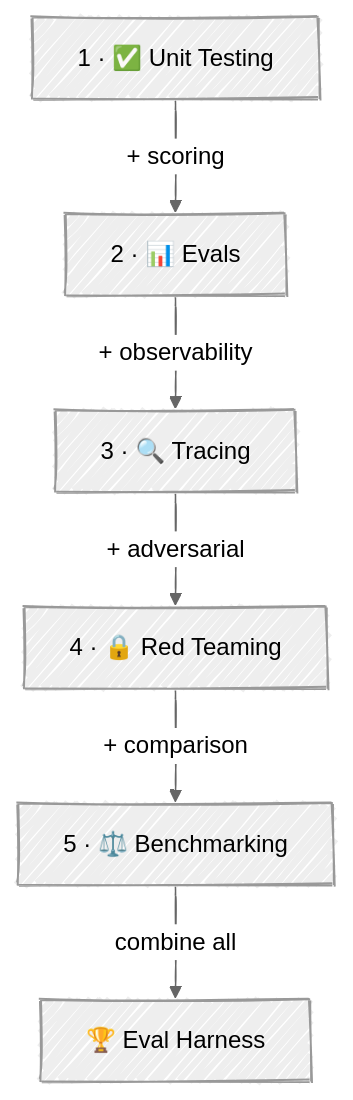
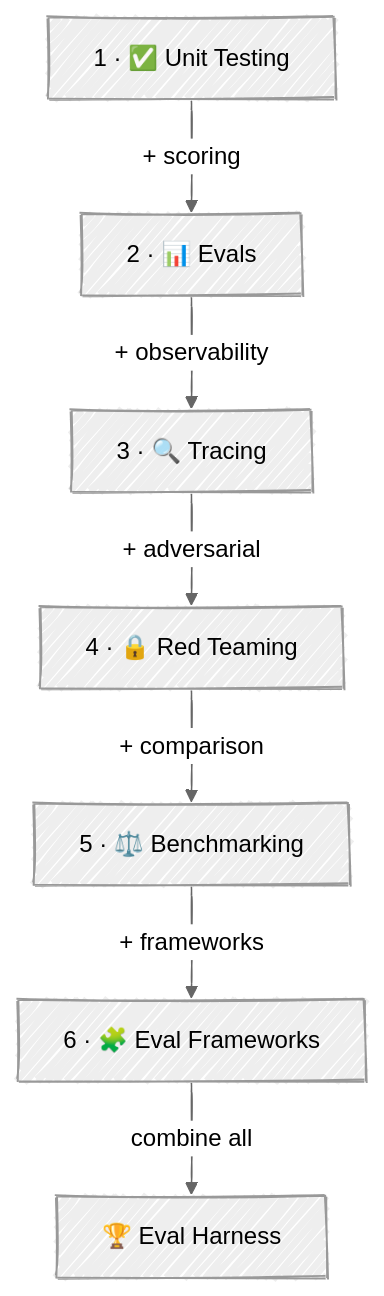
The diagram in 04-testing-evaluation/README.md (agenticloops-ai/agentic-ai-engineering), drawn with Mermaid before and after one commit. The commit also changed other lines of this file and 60 other files, not shown here.

Commit message:
feat: add eval frameworks

````diff
--- a/04-testing-evaluation/README.md
+++ b/04-testing-evaluation/README.md
@@ -10,13 +10,14 @@
 ```mermaid
 ---
 config:
   look: handDrawn
   theme: neutral
 ---
 flowchart TD
     A["1 · ✅ Unit Testing     "] -->|"+ scoring"| B["2 · 📊 Evals     "]
     B -->|"+ observability"| C["3 · 🔍 Tracing     "]
     C -->|"+ adversarial"| D["4 · 🔒 Red Teaming     "]
     D -->|"+ comparison"| E["5 · ⚖️ Benchmarking     "]
-    E -->|"combine all"| F["🏆 Eval Harness     "]
+    E -->|"+ frameworks"| F["6 · 🧩 Eval Frameworks     "]
+    F -->|"combine all"| G["🏆 Eval Harness     "]
 ```
````
